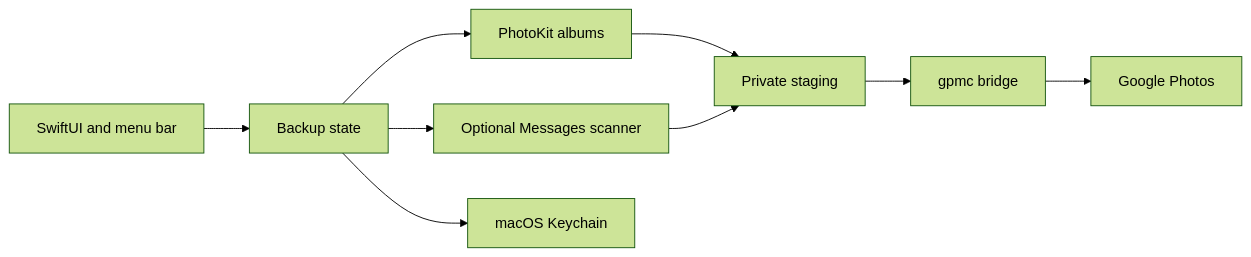
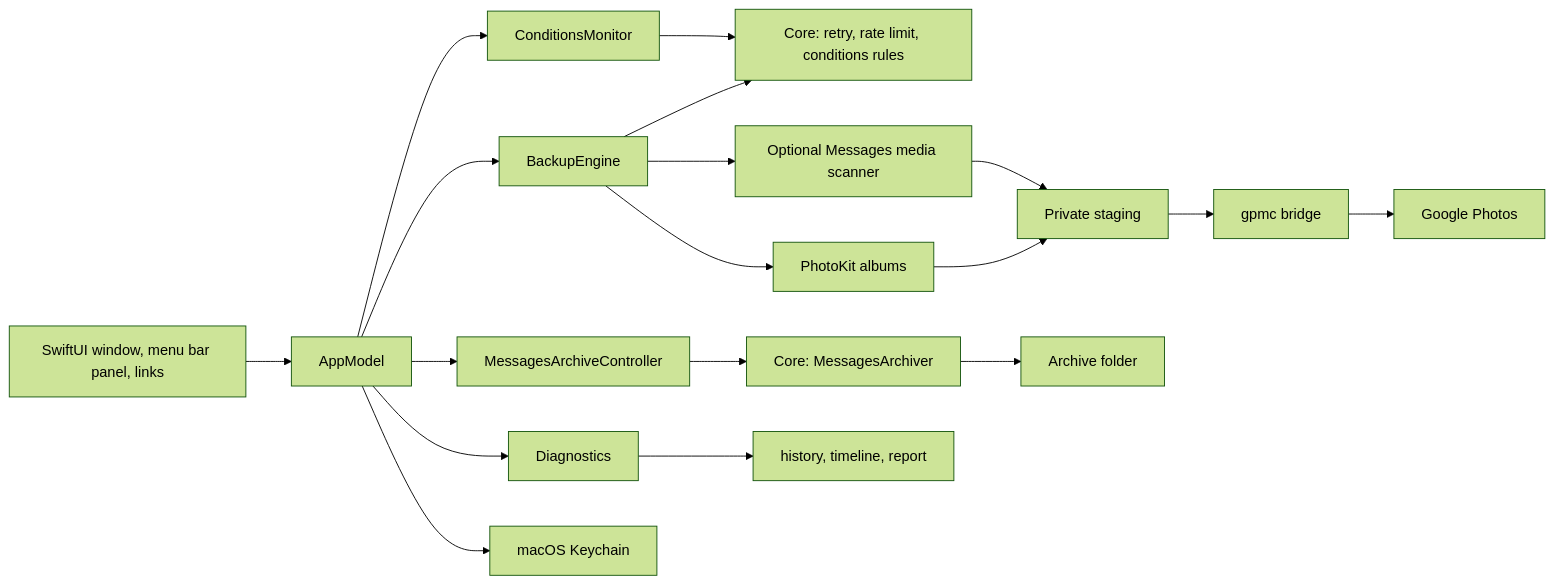
One commit to ayush5harma/google-photos-backup changed the diagram in docs/ARCHITECTURE.md. Above: the diagram before and after it, drawn with Mermaid (forest theme). The commit also changed other lines of this file and 12 other files, not shown here.

First line of the commit message:
docs: document the iOS-parity engine, Messages archive and menu bar app

````diff
--- a/docs/ARCHITECTURE.md
+++ b/docs/ARCHITECTURE.md
@@ -7,11 +9,20 @@
 ```mermaid
 flowchart LR
-  UI[SwiftUI and menu bar] --> State[Backup state]
-  State --> Photos[PhotoKit albums]
-  State --> Scanner[Optional Messages scanner]
+  UI[SwiftUI window, menu bar panel, links] --> Model[AppModel]
+  Model --> Engine[BackupEngine]
+  Model --> Archive[MessagesArchiveController]
+  Model --> Conditions[ConditionsMonitor]
+  Model --> Diag[Diagnostics]
+  Engine --> Policy[Core: retry, rate limit, conditions rules]
+  Conditions --> Policy
+  Engine --> Photos[PhotoKit albums]
+  Engine --> Scanner[Optional Messages media scanner]
   Photos --> Stage[Private staging]
   Scanner --> Stage
   Stage --> Bridge[gpmc bridge]
   Bridge --> Google[Google Photos]
-  State --> Keychain[macOS Keychain]
+  Archive --> Writer[Core: MessagesArchiver]
+  Writer --> Folder[Archive folder]
+  Diag --> Files[history, timeline, report]
+  Model --> Keychain[macOS Keychain]
 ```
````
